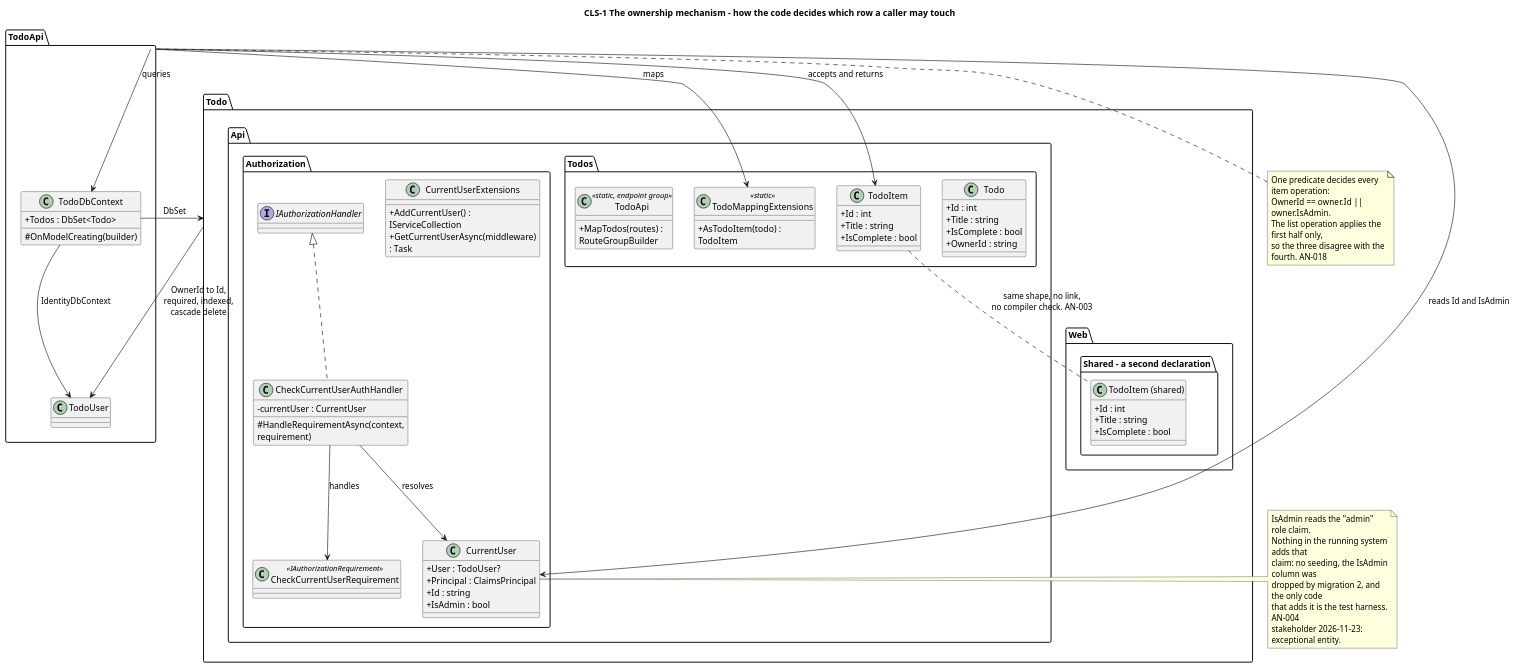
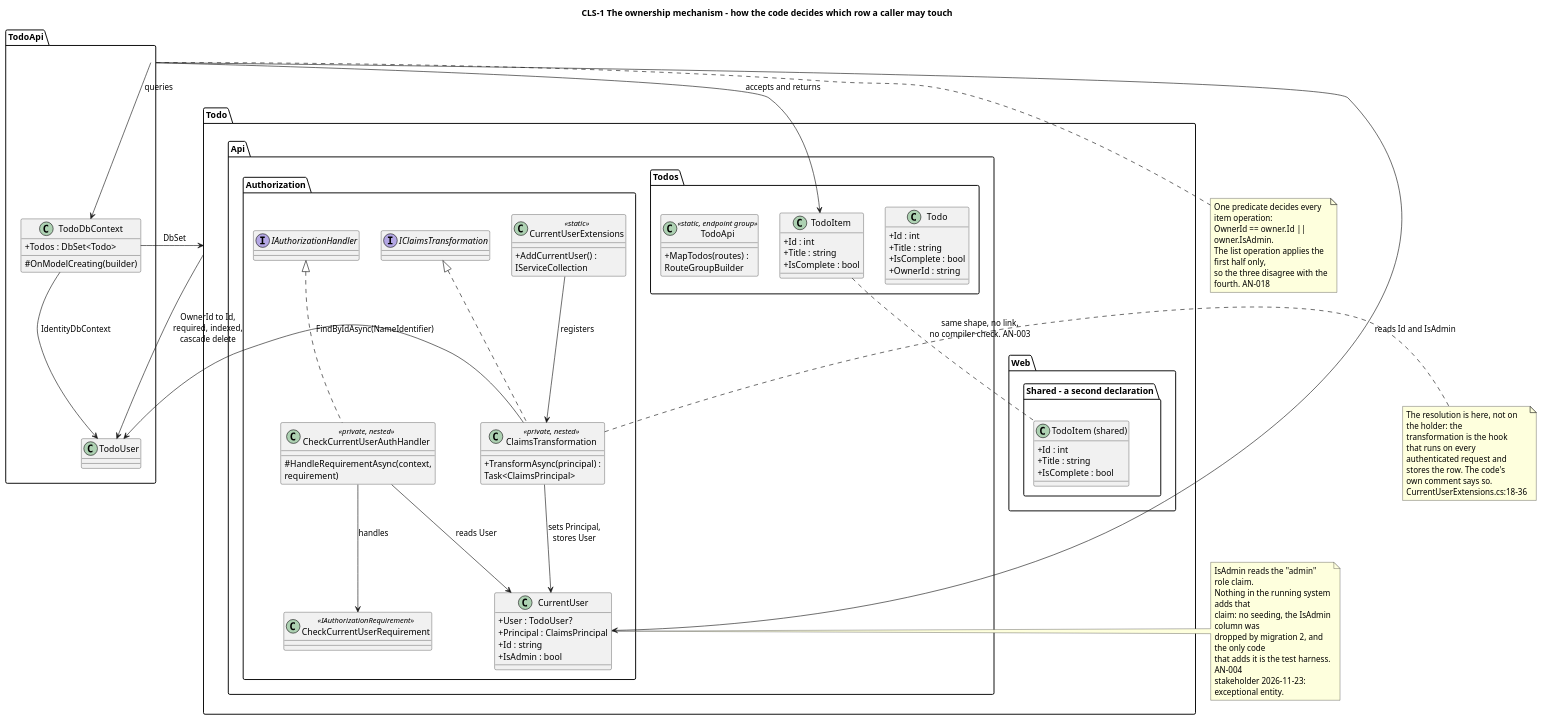
Before and after one commit to banense-test/TodoApp: the ninth of 13 diagrams in docs/artifacts/analysis---design/software-architecture-document.md, drawn with PlantUML. The commit also changed other lines of this file, not shown here.

Commit message:
Software Architect [Consolidation1]: upsert Software Architecture Document
[skip ci]

```diff
--- a/docs/artifacts/analysis---design/software-architecture-document.md
+++ b/docs/artifacts/analysis---design/software-architecture-document.md
@@ -887,13 +887,15 @@
     +Id : string
     +IsAdmin : bool
   }
-  class CurrentUserExtensions {
+  class CurrentUserExtensions <<static>> {
     +AddCurrentUser() : IServiceCollection
-    +GetCurrentUserAsync(middleware) : Task
   }
+  class ClaimsTransformation <<private, nested>> {
+    +TransformAsync(principal) : Task<ClaimsPrincipal>
+  }
+  interface "IClaimsTransformation" as ICT
   interface "IAuthorizationHandler" as IAH
-  class CheckCurrentUserAuthHandler {
-    -currentUser : CurrentUser
+  class CheckCurrentUserAuthHandler <<private, nested>> {
     #HandleRequirementAsync(context, requirement)
   }
   class CheckCurrentUserRequirement <<IAuthorizationRequirement>>
@@ -910,9 +912,6 @@
     +Id : int
     +Title : string
     +IsComplete : bool
-  }
-  class TodoMappingExtensions <<static>> {
-    +AsTodoItem(todo) : TodoItem
   }
   class TodoApi <<static, endpoint group>> {
     +MapTodos(routes) : RouteGroupBuilder
@@ -935,17 +934,27 @@
   }
 }
 
+ICT <|.. ClaimsTransformation
 IAH <|.. CheckCurrentUserAuthHandler
-CheckCurrentUserAuthHandler --> CurrentUser : resolves
+CurrentUserExtensions --> ClaimsTransformation : registers
+ClaimsTransformation --> CurrentUser : sets Principal,\nstores User
+ClaimsTransformation --> TodoUser : FindByIdAsync(NameIdentifier)
+CheckCurrentUserAuthHandler --> CurrentUser : reads User
 CheckCurrentUserAuthHandler --> CheckCurrentUserRequirement : handles
 TodoApi --> CurrentUser : reads Id and IsAdmin
 TodoApi --> TodoDbContext : queries
 TodoApi --> TodoItem : accepts and returns
-TodoApi --> TodoMappingExtensions : maps
 Todo --> TodoUser : OwnerId to Id,\nrequired, indexed,\ncascade delete
 TodoDbContext --> Todo : DbSet
 TodoDbContext --> TodoUser : IdentityDbContext
 TodoItem .. STodoItem : same shape, no link,\nno compiler check. AN-003
+
+note right of ClaimsTransformation
+  The resolution is here, not on the holder: the
+  transformation is the hook that runs on every
+  authenticated request and stores the row. The code's
+  own comment says so. CurrentUserExtensions.cs:18-36
+end note
 
 note right of CurrentUser
   IsAdmin reads the "admin" role claim.
```
